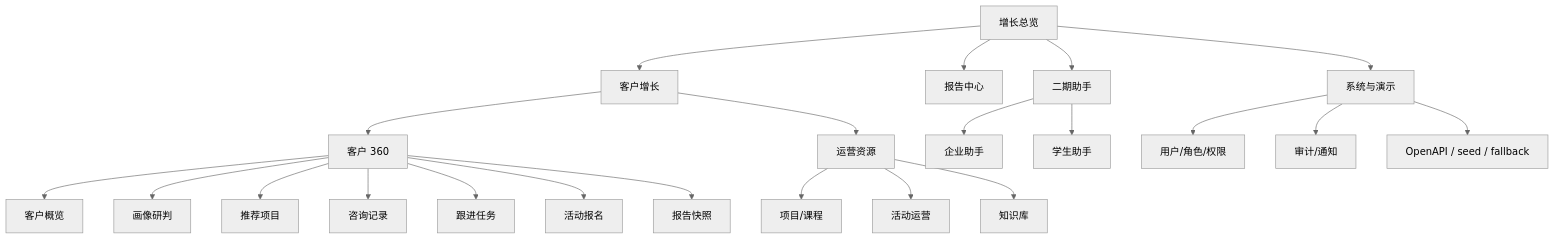
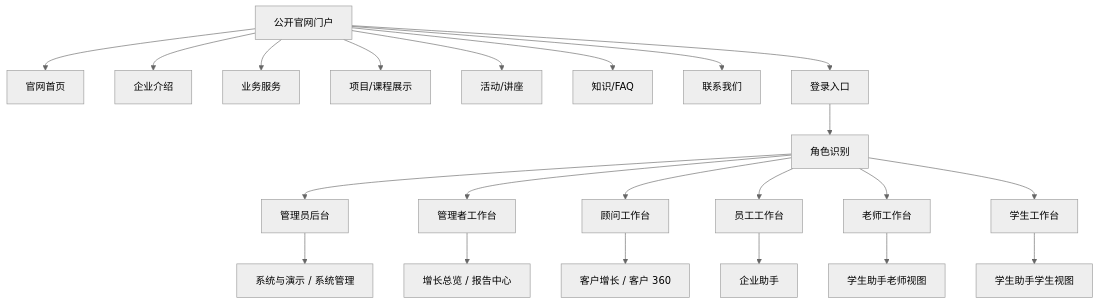
The diagram in docs/prd/教育服务业务系统原型结构-v1.md (hu974632293-ai/jiaoyu-lxfw), drawn with Mermaid (neutral theme) before and after one commit. The commit also changed other lines of this file and 4 other files, not shown here.

````diff
--- a/docs/prd/教育服务业务系统原型结构-v1.md
+++ b/docs/prd/教育服务业务系统原型结构-v1.md
@@ -40,24 +35,24 @@
 ```mermaid
 flowchart TD
-  A["增长总览"] --> B["客户增长"]
-  B --> C["客户 360"]
-  C --> C1["客户概览"]
-  C --> C2["画像研判"]
-  C --> C3["推荐项目"]
-  C --> C4["咨询记录"]
-  C --> C5["跟进任务"]
-  C --> C6["活动报名"]
-  C --> C7["报告快照"]
-  A --> D["报告中心"]
-  B --> E["运营资源"]
-  E --> E1["项目/课程"]
-  E --> E2["活动运营"]
-  E --> E3["知识库"]
-  A --> F["二期助手"]
-  F --> F1["企业助手"]
-  F --> F2["学生助手"]
-  A --> G["系统与演示"]
-  G --> G1["用户/角色/权限"]
-  G --> G2["审计/通知"]
-  G --> G3["OpenAPI / seed / fallback"]
+  A["公开官网门户"] --> A1["官网首页"]
+  A --> A2["企业介绍"]
+  A --> A3["业务服务"]
+  A --> A4["项目/课程展示"]
+  A --> A5["活动/讲座"]
+  A --> A6["知识/FAQ"]
+  A --> A7["联系我们"]
+  A --> B["登录入口"]
+  B --> C["角色识别"]
+  C --> C1["管理员后台"]
+  C --> C2["管理者工作台"]
+  C --> C3["顾问工作台"]
+  C --> C4["员工工作台"]
+  C --> C5["老师工作台"]
+  C --> C6["学生工作台"]
+  C1 --> D["系统与演示 / 系统管理"]
+  C2 --> E["增长总览 / 报告中心"]
+  C3 --> F["客户增长 / 客户 360"]
+  C4 --> G["企业助手"]
+  C5 --> H["学生助手老师视图"]
+  C6 --> I["学生助手学生视图"]
 ```
````
